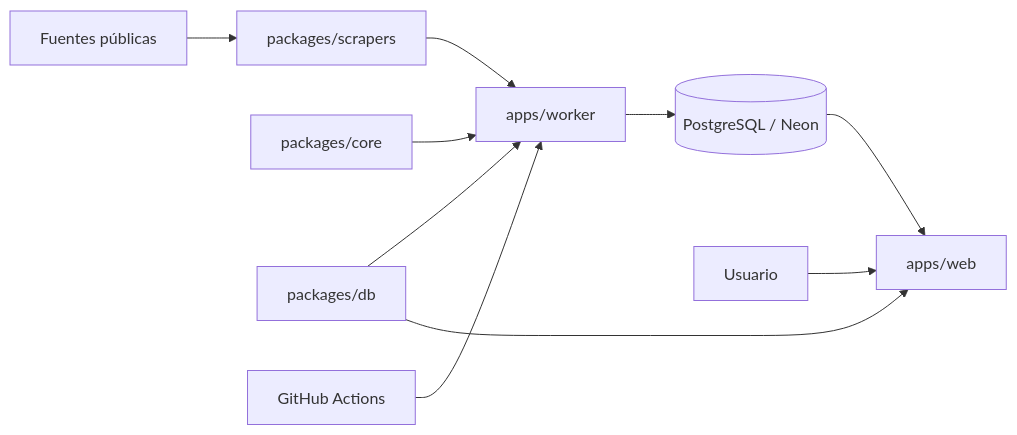
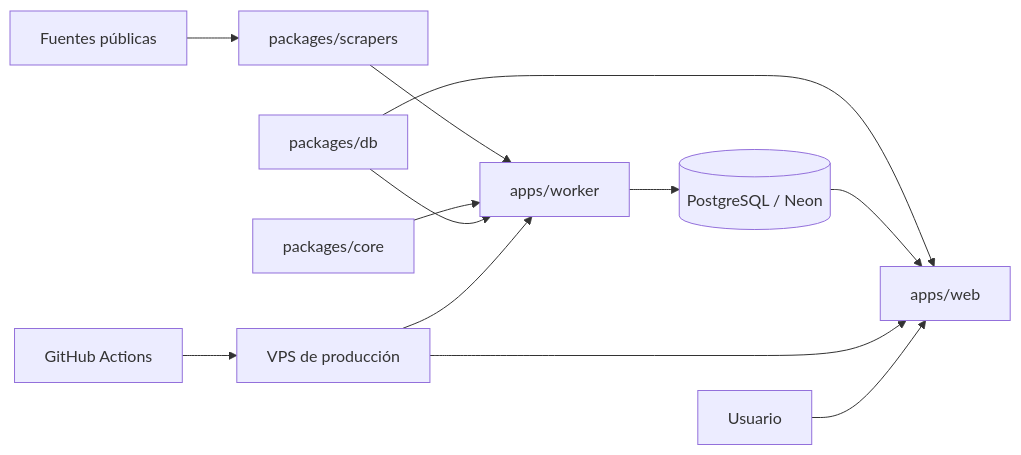
The diagram in README.md (maxpb2604-cloud/oculis-platform), drawn with Mermaid before and after one commit. The commit also changed other lines of this file and 47 other files, not shown here.

````diff
--- a/README.md
+++ b/README.md
@@ -21,12 +21,14 @@
 ```mermaid
 flowchart LR
   Sources[Fuentes públicas] --> Scrapers[packages/scrapers]
   Scrapers --> Worker[apps/worker]
   Core[packages/core] --> Worker
   Worker --> DB[(PostgreSQL / Neon)]
   DBPackage[packages/db] --> Worker
   DBPackage --> Web[apps/web]
   DB --> Web
-  Actions[GitHub Actions] --> Worker
+  Actions[GitHub Actions] --> VPS[VPS de producción]
+  VPS --> Web
+  VPS --> Worker
   User[Usuario] --> Web
 ```
````
